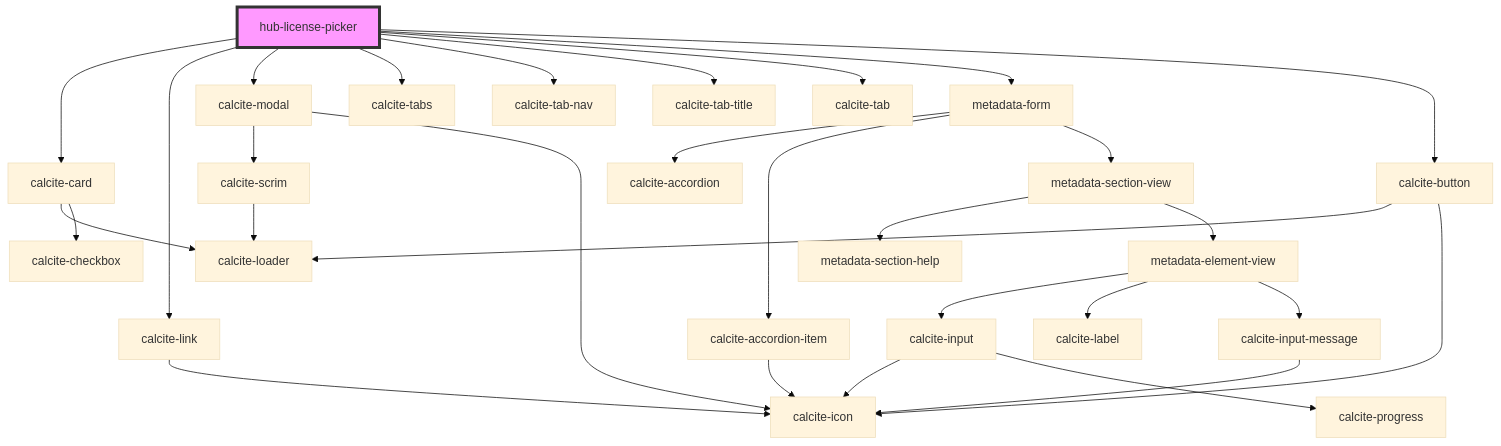
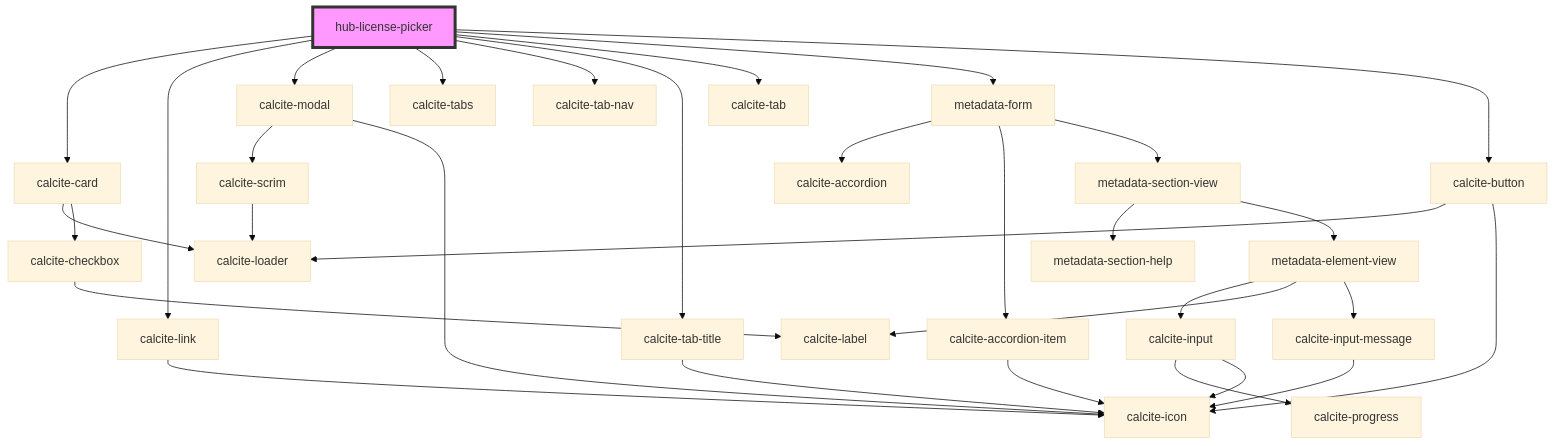
The diagram in src/components/blocks/hub-license-picker/readme.md (esridc/hub-components-experiments), drawn with Mermaid (base theme) before and after one commit. The commit also changed 29 other files, not shown here.

````diff
--- a/src/components/blocks/hub-license-picker/readme.md
+++ b/src/components/blocks/hub-license-picker/readme.md
@@ -30,33 +30,35 @@
 ```mermaid
 graph TD;
   hub-license-picker --> calcite-card
   hub-license-picker --> calcite-link
   hub-license-picker --> calcite-modal
   hub-license-picker --> calcite-tabs
   hub-license-picker --> calcite-tab-nav
   hub-license-picker --> calcite-tab-title
   hub-license-picker --> calcite-tab
   hub-license-picker --> metadata-form
   hub-license-picker --> calcite-button
   calcite-card --> calcite-loader
   calcite-card --> calcite-checkbox
+  calcite-checkbox --> calcite-label
   calcite-link --> calcite-icon
   calcite-modal --> calcite-scrim
   calcite-modal --> calcite-icon
   calcite-scrim --> calcite-loader
+  calcite-tab-title --> calcite-icon
   metadata-form --> calcite-accordion
   metadata-form --> calcite-accordion-item
   metadata-form --> metadata-section-view
   calcite-accordion-item --> calcite-icon
   metadata-section-view --> metadata-section-help
   metadata-section-view --> metadata-element-view
   metadata-element-view --> calcite-input
   metadata-element-view --> calcite-label
   metadata-element-view --> calcite-input-message
+  calcite-input --> calcite-progress
   calcite-input --> calcite-icon
-  calcite-input --> calcite-progress
   calcite-input-message --> calcite-icon
   calcite-button --> calcite-loader
   calcite-button --> calcite-icon
   style hub-license-picker fill:#f9f,stroke:#333,stroke-width:4px
 ```
````
